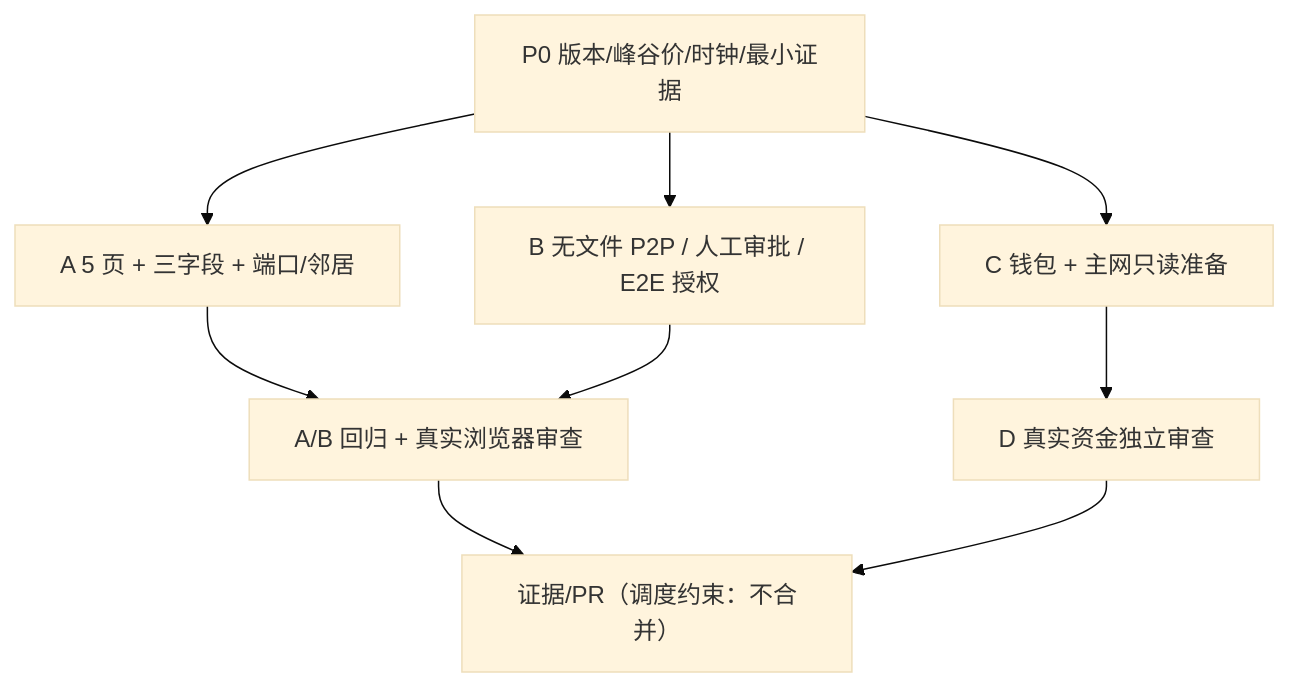
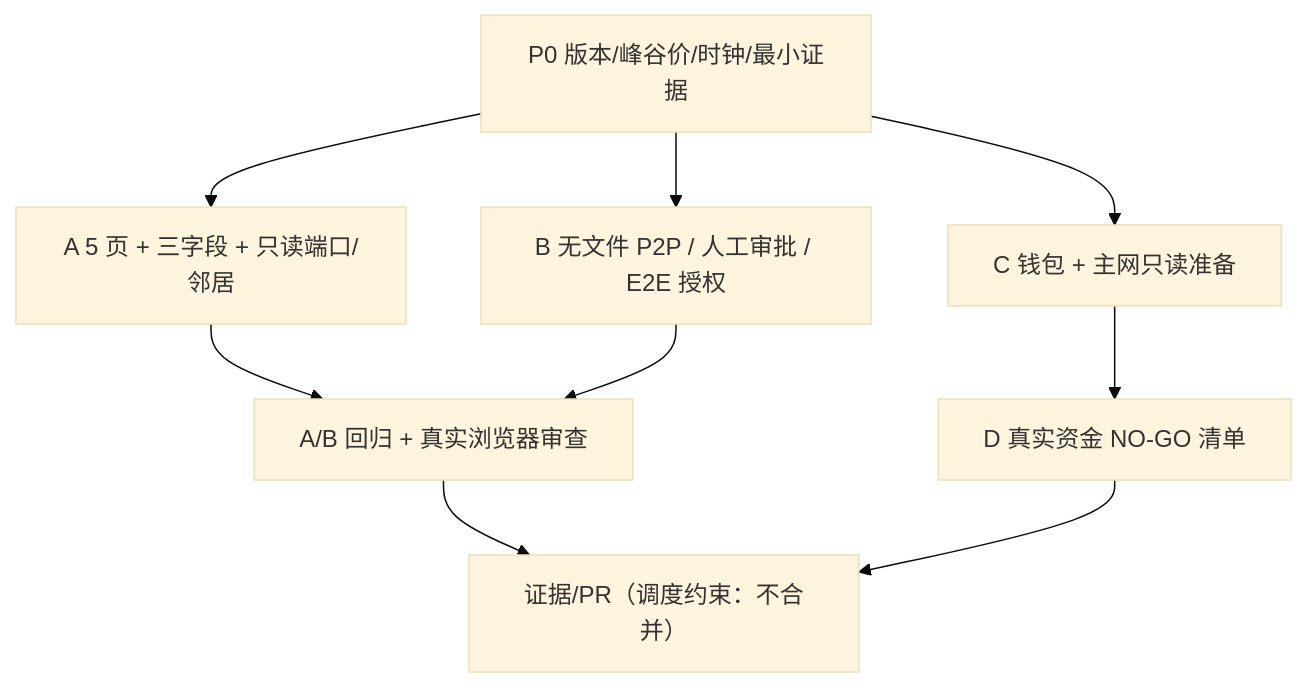
The seventh of 7 diagrams in docs/phase10/FLOWS.md (faithleysath/magpie-oh-my-aihub), drawn with Mermaid (base theme) before and after one commit. The commit also changed other lines of this file and 2 other files, not shown here.

````diff
--- a/docs/phase10/FLOWS.md
+++ b/docs/phase10/FLOWS.md
@@ -251,11 +265,11 @@
 ```mermaid
 flowchart TD
-  P0["P0 版本/峰谷价/时钟/最小证据"] --> A["A 5 页 + 三字段 + 端口/邻居"]
+  P0["P0 版本/峰谷价/时钟/最小证据"] --> A["A 5 页 + 三字段 + 只读端口/邻居"]
   P0 --> B["B 无文件 P2P / 人工审批 / E2E 授权"]
   P0 --> C["C 钱包 + 主网只读准备"]
   A --> R["A/B 回归 + 真实浏览器审查"]
   B --> R
-  C --> D["D 真实资金独立审查"]
+  C --> D["D 真实资金 NO-GO 清单"]
   R --> E["证据/PR（调度约束：不合并）"]
   D --> E
 ```
````
